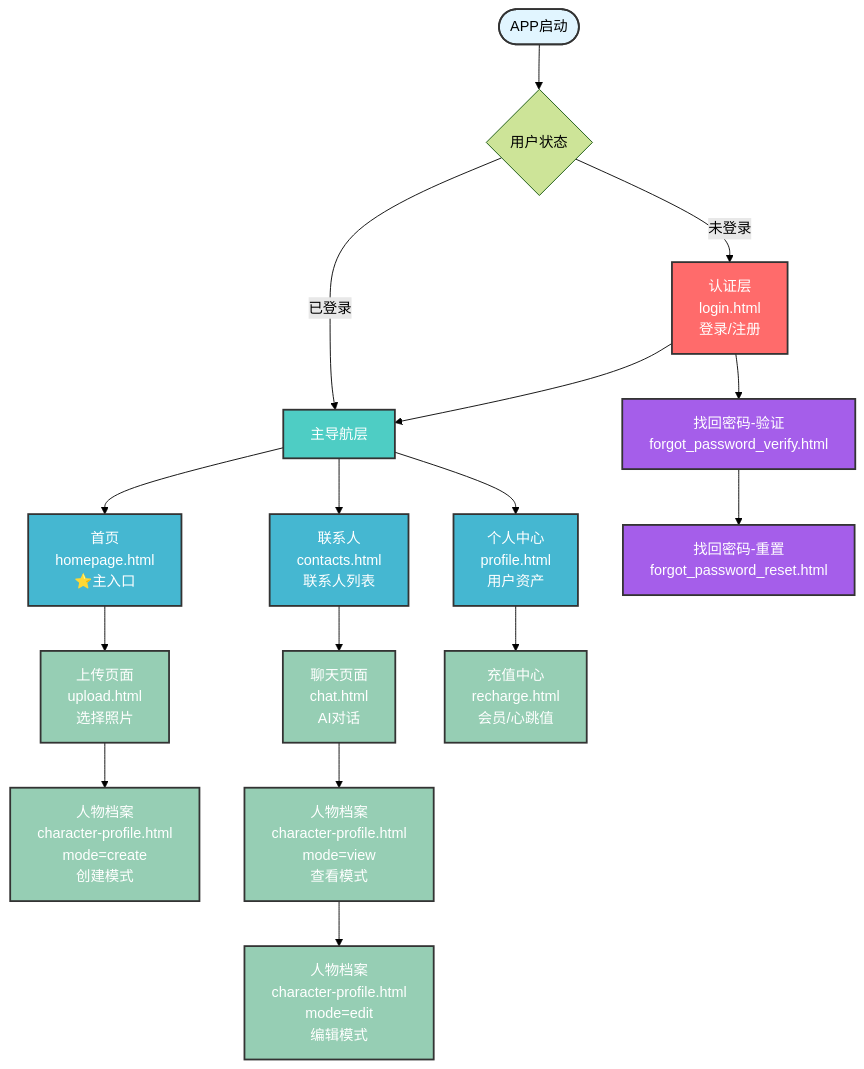
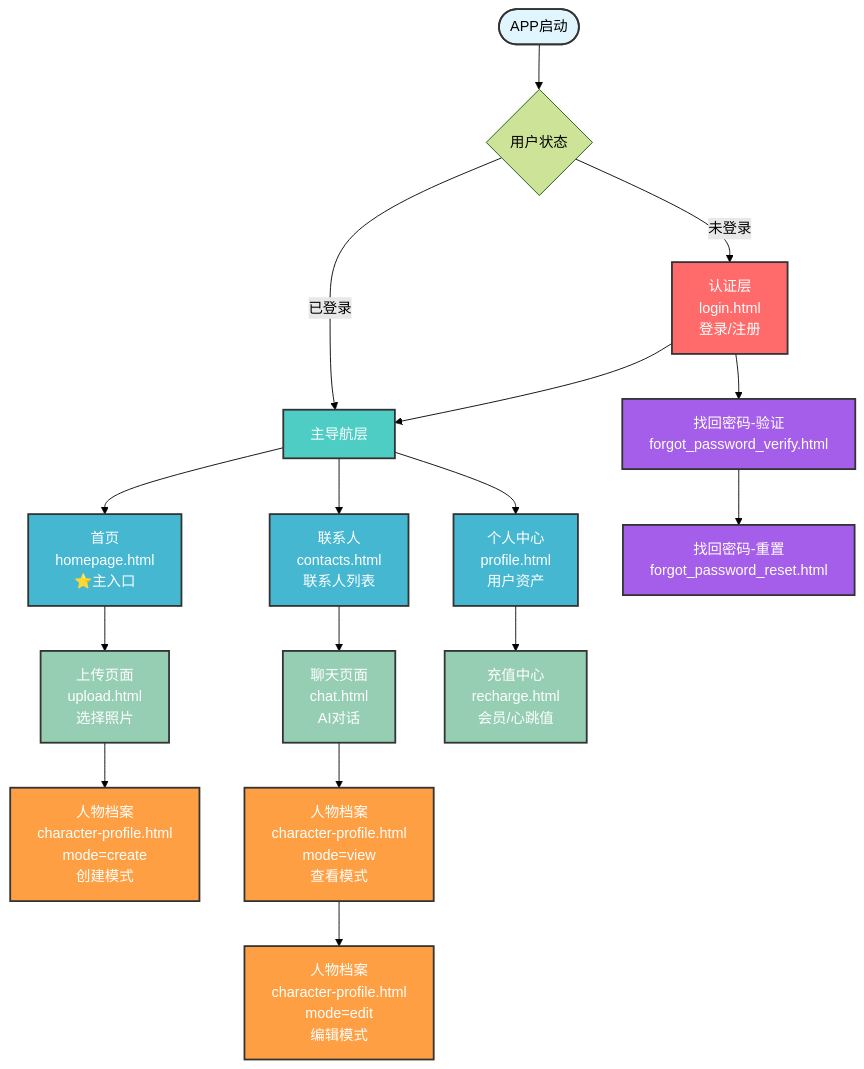
Before and after one commit to Cynthiafu9508/Yunyang: the first of 2 diagrams in 页面层级图.md, drawn with Mermaid (forest theme). The commit also changed other lines of this file, not shown here.

Commit message:
fix: 区分聊天页面和人物档案页面颜色
层级颜色重新分配：
- Level 0 (认证层): 红色系 - login.html, forgot_password_*.html
- Level 1 (主导航层): 蓝色系 - homepage.html, contacts.html, profile.html
- Level 2 (功能层): 绿色系 - upload.html, chat.html, recharge.html
- Level 3 (详情层): 橙色系 - character-profile.html (所有模式)

修正说明：
- 聊天页面和人物档案页面现在使用不同颜色
- 人物档案页面作为详情层，使用橙色系
- 层级关系更加清晰和合理

````diff
--- a/页面层级图.md
+++ b/页面层级图.md
@@ -14,40 +14,40 @@
 ```mermaid
 graph TD
     Start([APP启动]) --> Auth{用户状态}
     
     Auth -->|未登录| Login[认证层<br/>login.html<br/>登录/注册]
     Auth -->|已登录| MainNav[主导航层]
     
     Login --> MainNav
     
     MainNav --> Tab1[首页<br/>homepage.html<br/>⭐主入口]
     MainNav --> Tab2[联系人<br/>contacts.html<br/>联系人列表]
     MainNav --> Tab3[个人中心<br/>profile.html<br/>用户资产]
     
     Tab1 --> Upload[上传页面<br/>upload.html<br/>选择照片]
     Upload --> CharCreate[人物档案<br/>character-profile.html<br/>mode=create<br/>创建模式]
     
     Tab2 --> Chat[聊天页面<br/>chat.html<br/>AI对话]
     Chat --> CharView[人物档案<br/>character-profile.html<br/>mode=view<br/>查看模式]
     CharView --> CharEdit[人物档案<br/>character-profile.html<br/>mode=edit<br/>编辑模式]
     
     Tab3 --> Recharge[充值中心<br/>recharge.html<br/>会员/心跳值]
     
     Login --> Forgot1[找回密码-验证<br/>forgot_password_verify.html]
     Forgot1 --> Forgot2[找回密码-重置<br/>forgot_password_reset.html]
     
     style Start fill:#e1f5ff,stroke:#333,stroke-width:2px
     style Login fill:#ff6b6b,stroke:#333,stroke-width:2px,color:#fff
     style MainNav fill:#4ecdc4,stroke:#333,stroke-width:2px,color:#fff
     style Tab1 fill:#45b7d1,stroke:#333,stroke-width:2px,color:#fff
     style Tab2 fill:#45b7d1,stroke:#333,stroke-width:2px,color:#fff
     style Tab3 fill:#45b7d1,stroke:#333,stroke-width:2px,color:#fff
     style Upload fill:#96ceb4,stroke:#333,stroke-width:2px,color:#fff
-    style CharCreate fill:#96ceb4,stroke:#333,stroke-width:2px,color:#fff
     style Chat fill:#96ceb4,stroke:#333,stroke-width:2px,color:#fff
-    style CharView fill:#96ceb4,stroke:#333,stroke-width:2px,color:#fff
-    style CharEdit fill:#96ceb4,stroke:#333,stroke-width:2px,color:#fff
     style Recharge fill:#96ceb4,stroke:#333,stroke-width:2px,color:#fff
+    style CharCreate fill:#ff9f43,stroke:#333,stroke-width:2px,color:#fff
+    style CharView fill:#ff9f43,stroke:#333,stroke-width:2px,color:#fff
+    style CharEdit fill:#ff9f43,stroke:#333,stroke-width:2px,color:#fff
     style Forgot1 fill:#a55eea,stroke:#333,stroke-width:2px,color:#fff
     style Forgot2 fill:#a55eea,stroke:#333,stroke-width:2px,color:#fff
 ```
````
